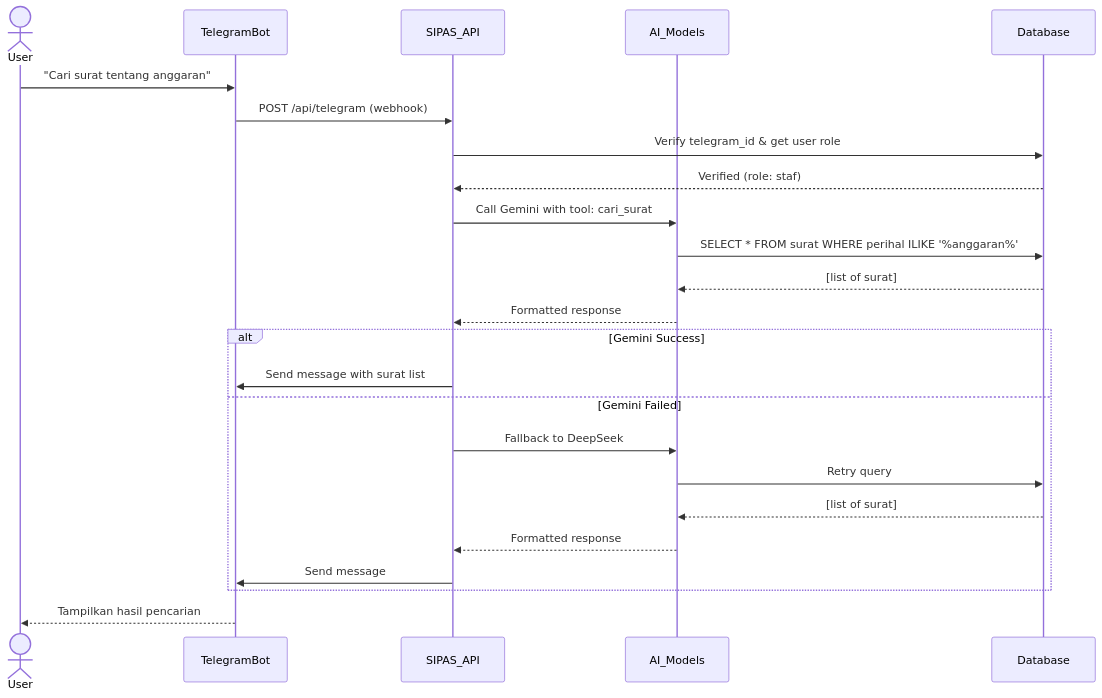
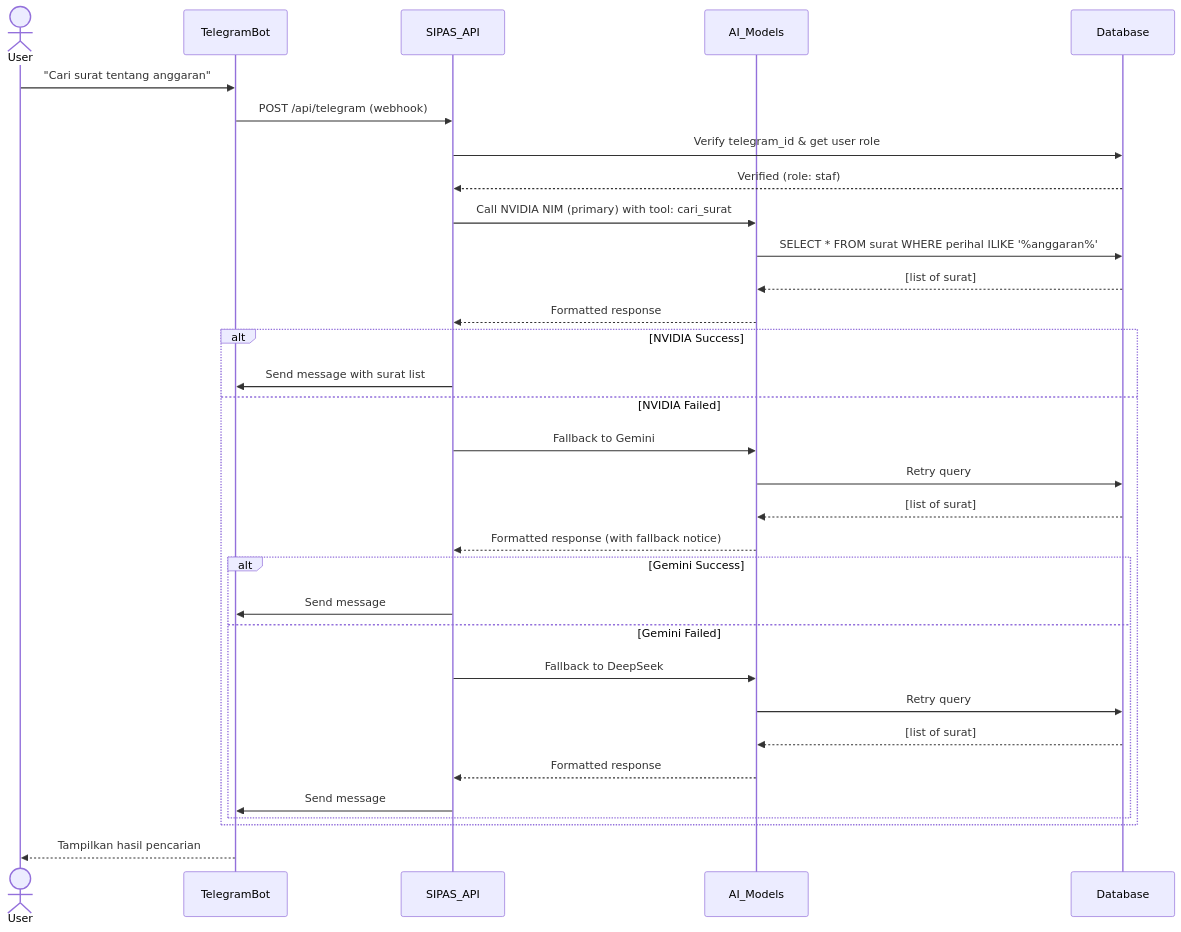
The third of 5 diagrams in docs/activity-diagram.md (iqbalgsr46/sipas), drawn with Mermaid before and after one commit. The commit also changed other lines of this file and 10 other files, not shown here.

Commit message:
docs: update all documentation files to v2.2.0 with NVIDIA API integration and AI intelligence improvements

````diff
--- a/docs/activity-diagram.md
+++ b/docs/activity-diagram.md
@@ -69,30 +69,37 @@
 ```mermaid
 sequenceDiagram
     actor User
     participant TelegramBot
     participant SIPAS_API
     participant AI_Models
     participant Database
 
     User->>TelegramBot: "Cari surat tentang anggaran"
     TelegramBot->>SIPAS_API: POST /api/telegram (webhook)
     SIPAS_API->>Database: Verify telegram_id & get user role
     Database-->>SIPAS_API: Verified (role: staf)
-    
-    SIPAS_API->>AI_Models: Call Gemini with tool: cari_surat
+    SIPAS_API->>AI_Models: Call NVIDIA NIM (primary) with tool: cari_surat
     AI_Models->>Database: SELECT * FROM surat WHERE perihal ILIKE '%anggaran%'
     Database-->>AI_Models: [list of surat]
     AI_Models-->>SIPAS_API: Formatted response
     
-    alt Gemini Success
+    alt NVIDIA Success
         SIPAS_API->>TelegramBot: Send message with surat list
-    else Gemini Failed
-        SIPAS_API->>AI_Models: Fallback to DeepSeek
+    else NVIDIA Failed
+        SIPAS_API->>AI_Models: Fallback to Gemini
         AI_Models->>Database: Retry query
         Database-->>AI_Models: [list of surat]
-        AI_Models-->>SIPAS_API: Formatted response
-        SIPAS_API->>TelegramBot: Send message
+        AI_Models-->>SIPAS_API: Formatted response (with fallback notice)
+        alt Gemini Success
+            SIPAS_API->>TelegramBot: Send message
+        else Gemini Failed
+            SIPAS_API->>AI_Models: Fallback to DeepSeek
+            AI_Models->>Database: Retry query
+            Database-->>AI_Models: [list of surat]
+            AI_Models-->>SIPAS_API: Formatted response
+            SIPAS_API->>TelegramBot: Send message
+        end
     end
     
     TelegramBot-->>User: Tampilkan hasil pencarian
 ```
````
